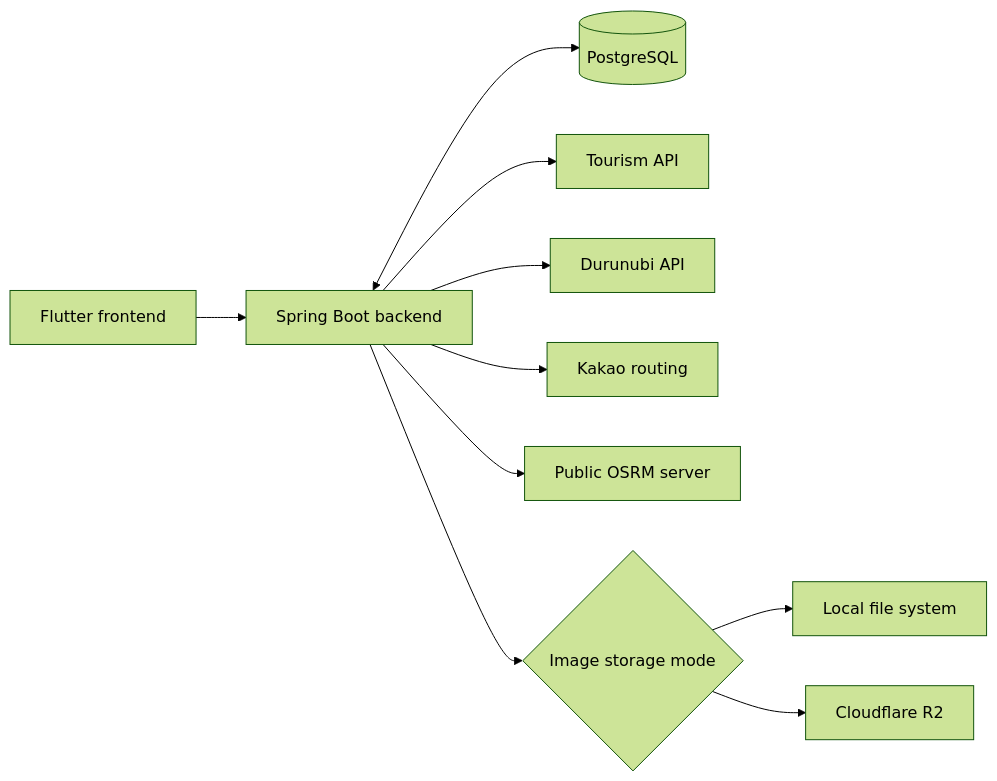
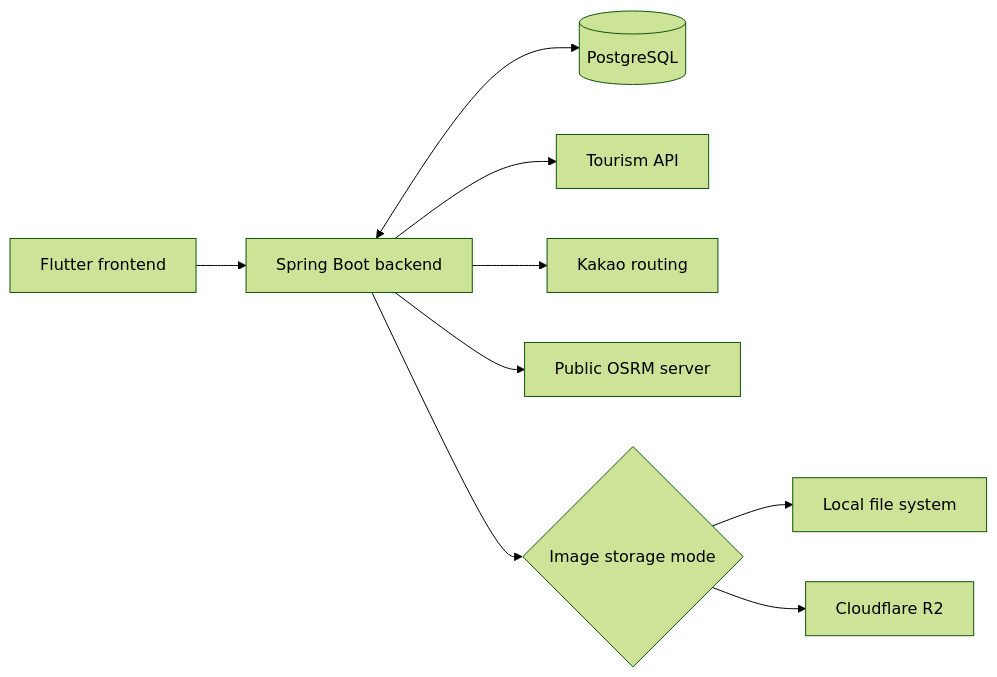
The diagram in README.md (sae-lab/backend), drawn with Mermaid (forest theme) before and after one commit. The commit also changed other lines of this file and 28 other files, not shown here.

````diff
--- a/README.md
+++ b/README.md
@@ -15,15 +15,14 @@
 ```mermaid
 flowchart LR
     F[Flutter frontend] --> B[Spring Boot backend]
 
     B <--> DB[(PostgreSQL)]
 
     B --> T[Tourism API]
-    B --> D[Durunubi API]
     B --> K[Kakao routing]
     B --> O[Public OSRM server]
 
     B --> S{Image storage mode}
     S --> L[Local file system]
     S --> R[Cloudflare R2]
 ```
````
